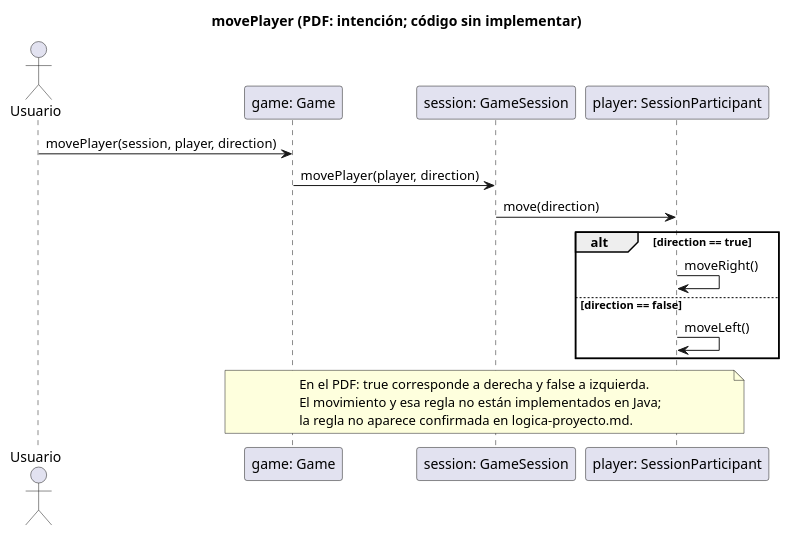
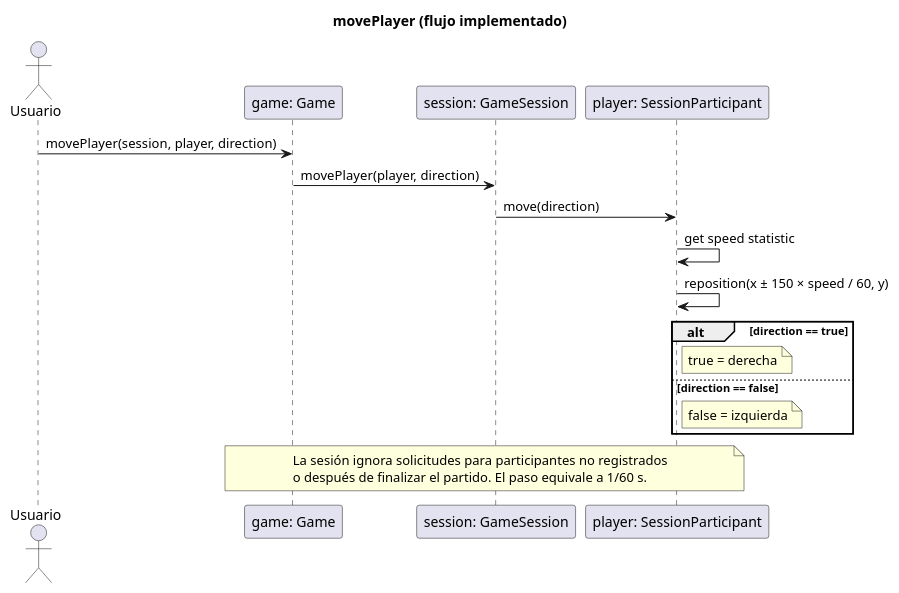
Before and after one commit to PaglkG/ProyectoFinal-Dopo: the third of 9 diagrams in docs/uml/domain-sequences.puml, drawn with PlantUML. The commit also changed other lines of this file and 59 other files, not shown here.

```diff
--- a/docs/uml/domain-sequences.puml
+++ b/docs/uml/domain-sequences.puml
@@ -25,20 +24,21 @@
 @startuml
-title movePlayer (PDF: intención; código sin implementar)
+title movePlayer (flujo implementado)
 actor Usuario
 participant "game: Game" as G
 participant "session: GameSession" as S
 participant "player: SessionParticipant" as P
 Usuario -> G: movePlayer(session, player, direction)
 G -> S: movePlayer(player, direction)
 S -> P: move(direction)
+P -> P: get speed statistic
+P -> P: reposition(x ± 150 × speed / 60, y)
 alt direction == true
-  P -> P: moveRight()
+  note right of P: true = derecha
 else direction == false
-  P -> P: moveLeft()
+  note right of P: false = izquierda
 end
 note over G,P
-  En el PDF: true corresponde a derecha y false a izquierda.
-  El movimiento y esa regla no están implementados en Java;
-  la regla no aparece confirmada en logica-proyecto.md.
+  La sesión ignora solicitudes para participantes no registrados
+  o después de finalizar el partido. El paso equivale a 1/60 s.
 end note
 @enduml
```
